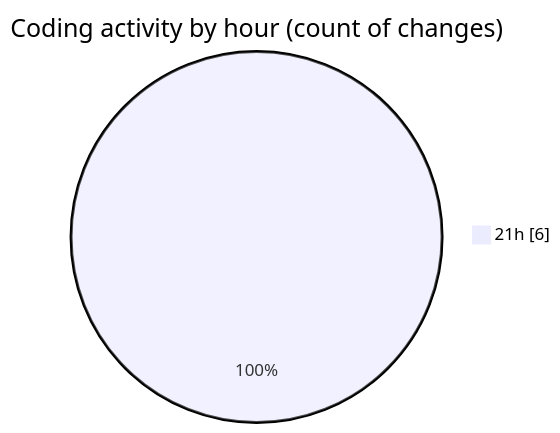
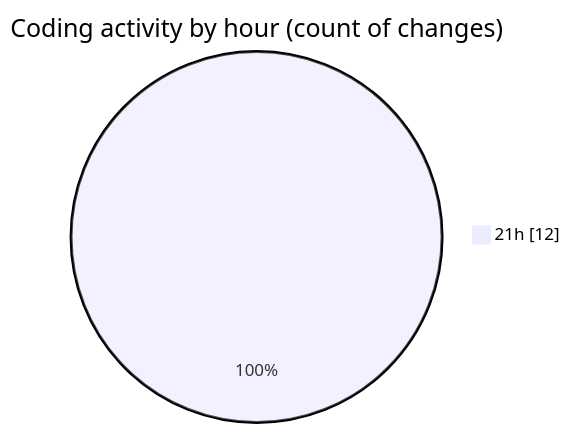
One commit to lephambinh05/code-tracking changed the second of 2 diagrams in 2025-07-24/quanlyrapchieuphim-1/README.md. Above: the diagram before and after it, drawn with Mermaid. The commit also changed other lines of this file and 1 other file, not shown here.

````diff
--- a/2025-07-24/quanlyrapchieuphim-1/README.md
+++ b/2025-07-24/quanlyrapchieuphim-1/README.md
@@ -31,5 +33,5 @@
 ```mermaid
 pie showData
 title Coding activity by hour (count of changes)
-"21h" : 6
+"21h" : 12
 ```
````
